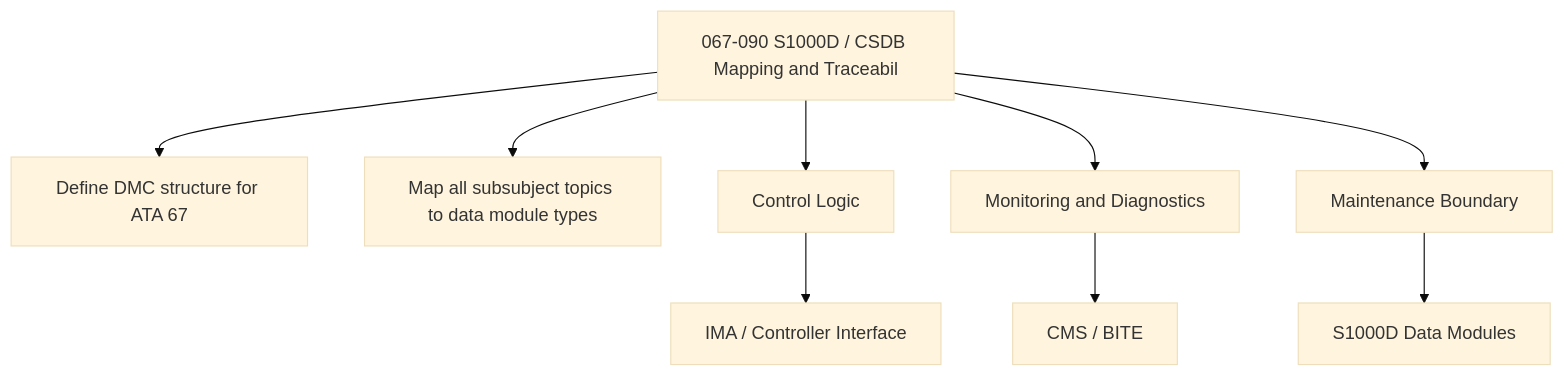
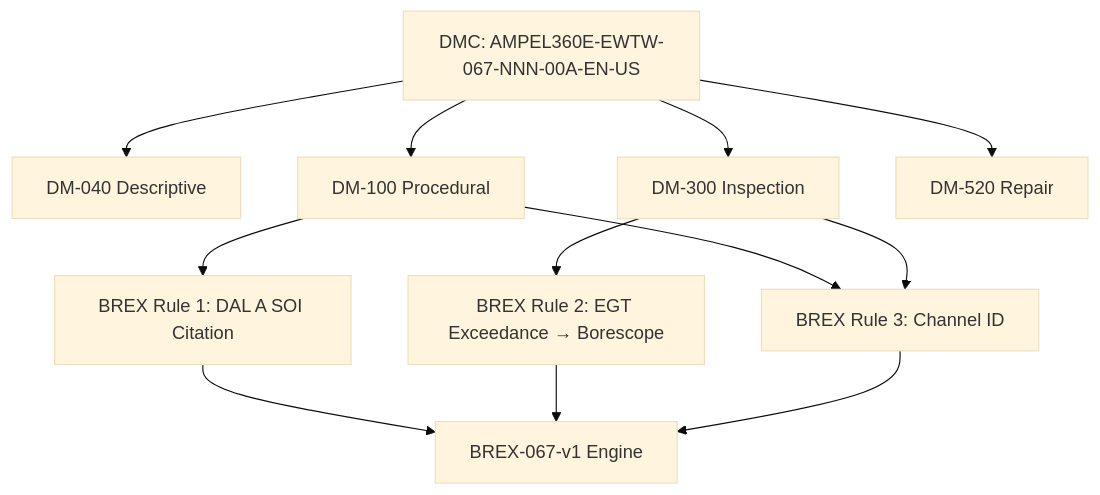
The second of 2 diagrams in Q+ATLANTIDE/000-099_ATLAS/060-069_Propulsion-Tradicional/067_Engine-Controls/067-090-S1000D-CSDB-Mapping-and-Traceability.md (AmedeoPelliccia/Qplus-For-All-Queer-People-and-Quantum), drawn with Mermaid (base theme) before and after one commit. The commit also changed other lines of this file and 9 other files, not shown here.

First line of the commit message:
docs: rewrite 067_Engine-Controls — 10 files contextualized for AMPEL360E eWTW

````diff
--- a/Q+ATLANTIDE/000-099_ATLAS/060-069_Propulsion-Tradicional/067_Engine-Controls/067-090-S1000D-CSDB-Mapping-and-Traceability.md
+++ b/Q+ATLANTIDE/000-099_ATLAS/060-069_Propulsion-Tradicional/067_Engine-Controls/067-090-S1000D-CSDB-Mapping-and-Traceability.md
@@ -172,11 +96,11 @@
 ```mermaid
 flowchart TB
-    SYS[067-090 S1000D / CSDB Mapping and Traceabil] --> F1[Define DMC structure for ATA 67]
-    SYS --> F2[Map all subsubject topics to data module types]
-    SYS --> CTRL[Control Logic]
-    SYS --> MON[Monitoring and Diagnostics]
-    SYS --> MAINT[Maintenance Boundary]
-    CTRL --> IMA[IMA / Controller Interface]
-    MON --> CMS[CMS / BITE]
-    MAINT --> CSDB[S1000D Data Modules]
+    DMC_67["DMC: AMPEL360E-EWTW-067-NNN-00A-EN-US"] --> DM_040[DM-040 Descriptive]
+    DMC_67 --> DM_100[DM-100 Procedural]
+    DMC_67 --> DM_300[DM-300 Inspection]
+    DMC_67 --> DM_520[DM-520 Repair]
+    DM_100 --> DAL_RULE[BREX Rule 1: DAL A SOI Citation]
+    DM_300 --> EGT_RULE[BREX Rule 2: EGT Exceedance → Borescope]
+    DM_100 & DM_300 --> CH_RULE[BREX Rule 3: Channel ID]
+    DAL_RULE & EGT_RULE & CH_RULE --> BREX_ENGINE[BREX-067-v1 Engine]
 ```
````
